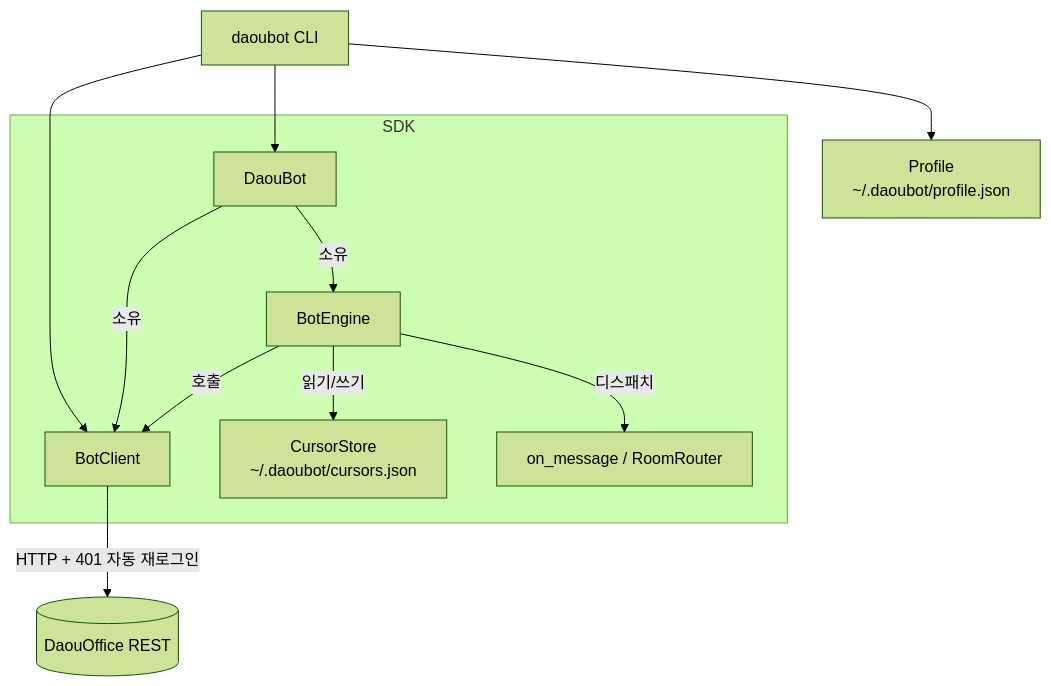
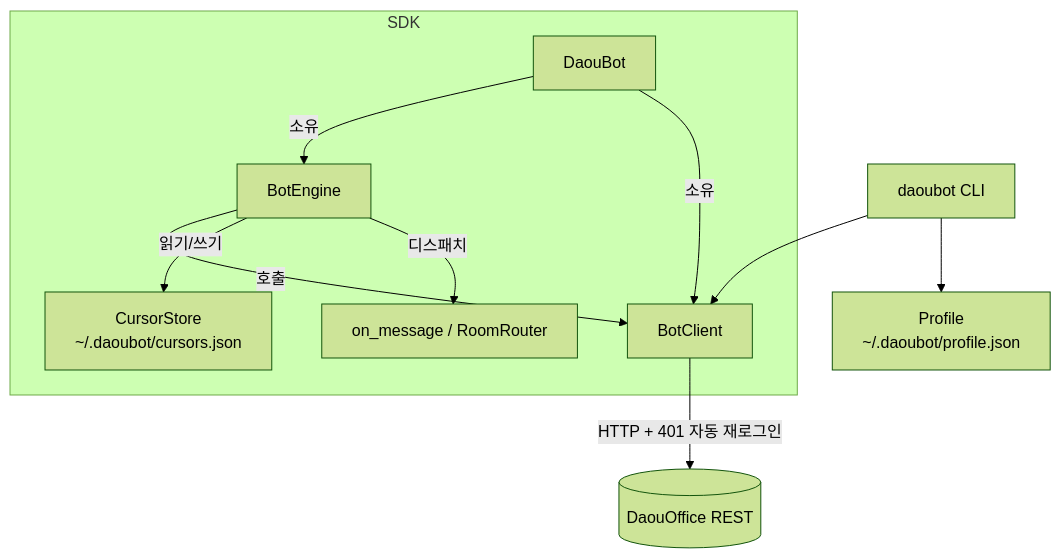
The second of 4 diagrams in docs/ARCHITECTURE.md (junsik/python-daouoffice-bot), drawn with Mermaid (forest theme) before and after one commit. The commit also changed 5 other files, not shown here.

First line of the commit message:
Remove vestigial 'daoubot start'; force UTF-8 CLI I/O

````diff
--- a/docs/ARCHITECTURE.md
+++ b/docs/ARCHITECTURE.md
@@ -43,16 +43,15 @@
 ```mermaid
 flowchart TD
-    CLI[daoubot CLI] --> DaouBot
-    CLI --> BotClient
+    CLI[daoubot CLI] --> BotClient
     CLI --> Profile["Profile<br/>~/.daoubot/profile.json"]
 
     subgraph SDK
         DaouBot -->|소유| BotEngine
         DaouBot -->|소유| BotClient
         BotEngine -->|호출| BotClient
         BotEngine -->|읽기/쓰기| CursorStore["CursorStore<br/>~/.daoubot/cursors.json"]
         BotEngine -->|디스패치| PF["on_message / RoomRouter"]
     end
 
     BotClient -->|HTTP + 401 자동 재로그인| API[(DaouOffice REST)]
 ```
````
